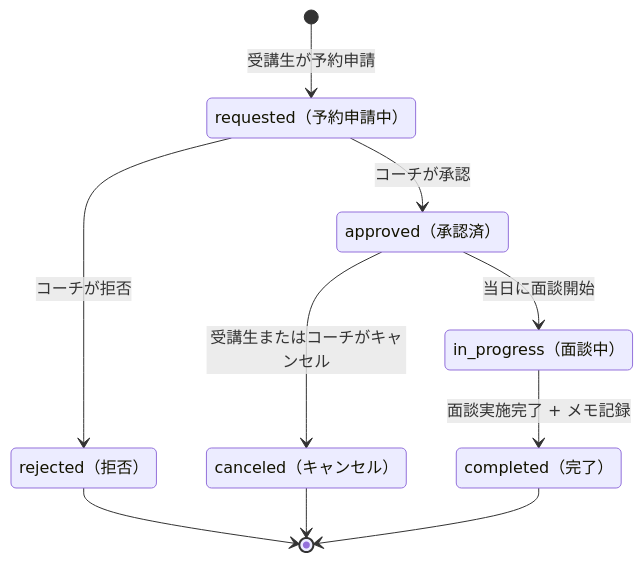
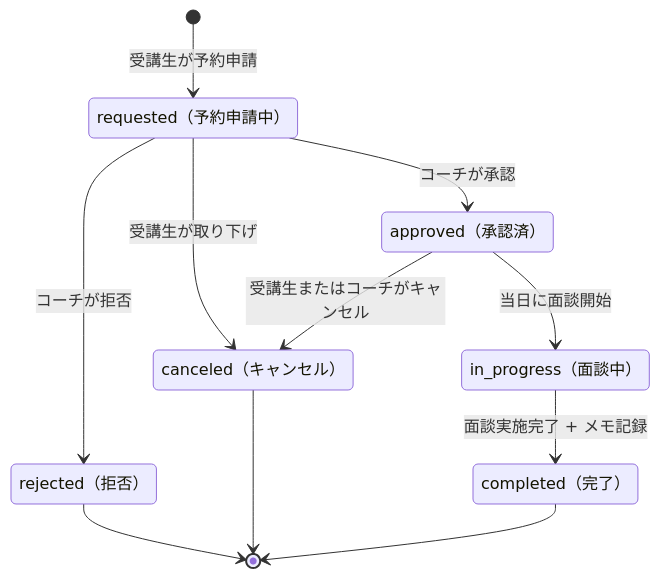
The ninth of 10 diagrams in docs/steering/product.md (coachtech-mockcase-second/ExampleAnswer-mockcase-CertifyLMS), drawn with Mermaid before and after one commit. The commit also changed other lines of this file and 26 other files, not shown here.

````diff
--- a/docs/steering/product.md
+++ b/docs/steering/product.md
@@ -429,19 +429,20 @@
 ```mermaid
 stateDiagram-v2
     requested: requested（予約申請中）
     approved: approved（承認済）
     rejected: rejected（拒否）
     canceled: canceled（キャンセル）
     in_progress: in_progress（面談中）
     completed: completed（完了）
 
     [*] --> requested: 受講生が予約申請
     requested --> approved: コーチが承認
     requested --> rejected: コーチが拒否
+    requested --> canceled: 受講生が取り下げ
     rejected --> [*]
     approved --> canceled: 受講生またはコーチがキャンセル
     approved --> in_progress: 当日に面談開始
     in_progress --> completed: 面談実施完了 + メモ記録
     canceled --> [*]
     completed --> [*]
 ```
````
